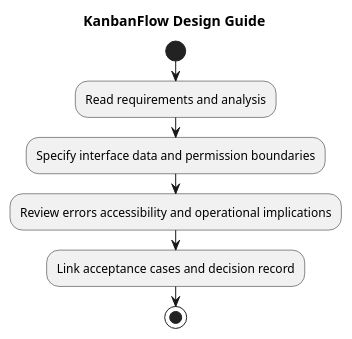
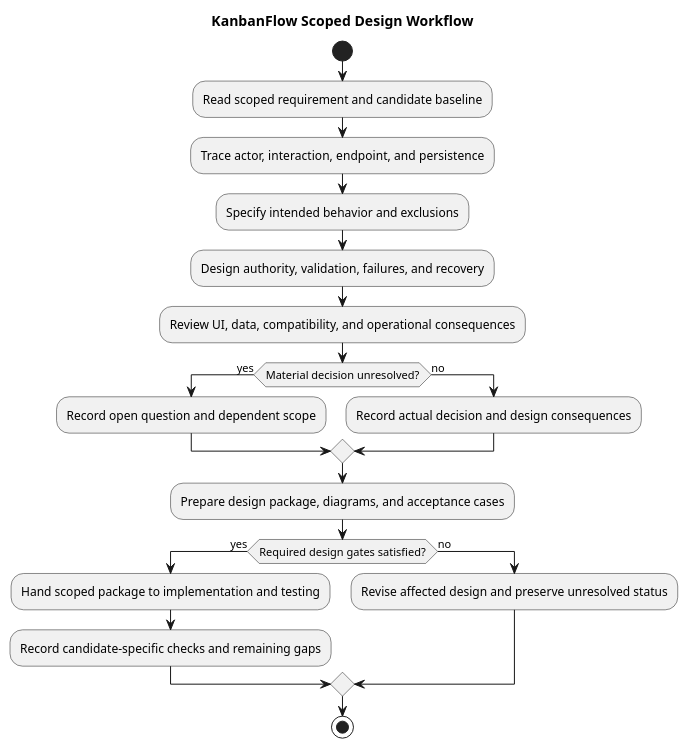
One commit to Farhad-Valizadegan/Web-KanbanFlow changed the diagram in docs/SDLC/04-design/design.md. Above: the diagram before and after it, drawn with PlantUML. The commit also changed other lines of this file and 2 other files, not shown here.

Commit message:
docs: complete design workflow review gates and handoff

````diff
--- a/docs/SDLC/04-design/design.md
+++ b/docs/SDLC/04-design/design.md
@@ -30,11 +118,24 @@
 ```plantuml
 @startuml
-title KanbanFlow Design Guide
+title KanbanFlow Scoped Design Workflow
 start
-:Read requirements and analysis;
-:Specify interface data and permission boundaries;
-:Review errors accessibility and operational implications;
-:Link acceptance cases and decision record;
+:Read scoped requirement and candidate baseline;
+:Trace actor, interaction, endpoint, and persistence;
+:Specify intended behavior and exclusions;
+:Design authority, validation, failures, and recovery;
+:Review UI, data, compatibility, and operational consequences;
+if (Material decision unresolved?) then (yes)
+ :Record open question and dependent scope;
+else (no)
+ :Record actual decision and design consequences;
+endif
+:Prepare design package, diagrams, and acceptance cases;
+if (Required design gates satisfied?) then (yes)
+ :Hand scoped package to implementation and testing;
+ :Record candidate-specific checks and remaining gaps;
+else (no)
+ :Revise affected design and preserve unresolved status;
+endif
 stop
 @enduml
 ```
````
